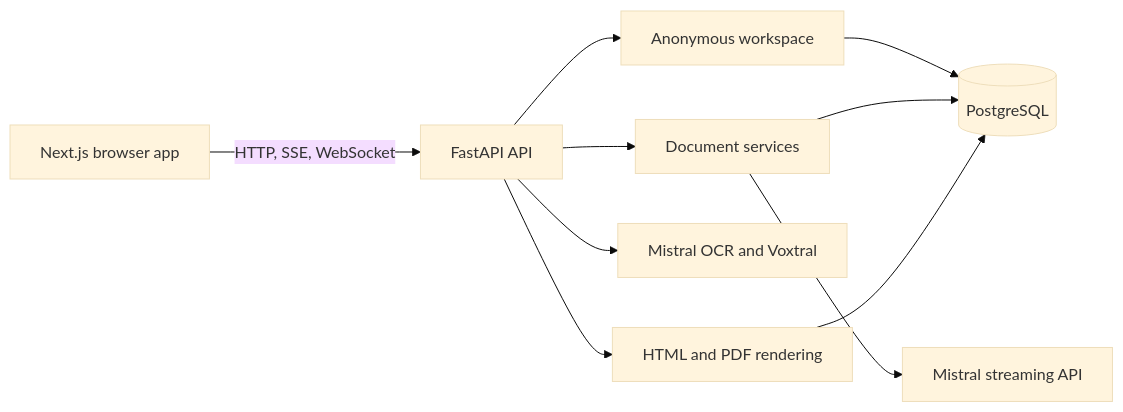
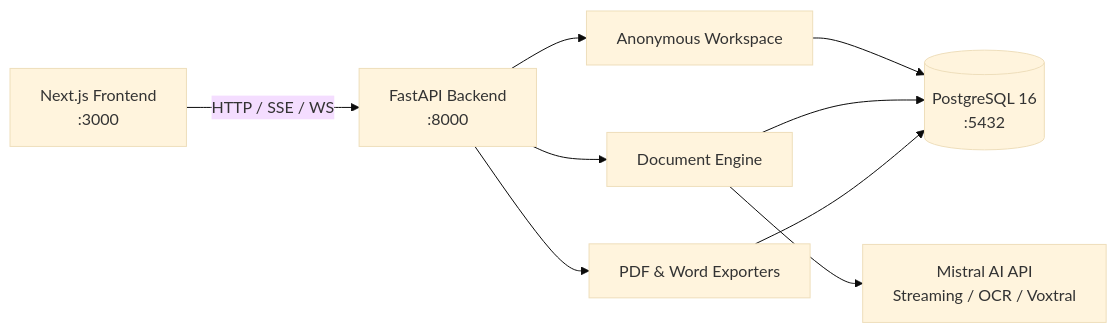
One commit to ialim0/open-cvbaba changed the diagram in README.md. Above: the diagram before and after it, drawn with Mermaid (base theme). The commit also changed other lines of this file and 3 other files, not shown here.

````diff
--- a/README.md
+++ b/README.md
@@ -32,12 +131,11 @@
 ```mermaid
 flowchart LR
-    Browser[Next.js browser app] -->|HTTP, SSE, WebSocket| API[FastAPI API]
-    API --> Workspace[Anonymous workspace]
-    API --> Chat[Document services]
-    Chat --> Mistral[Mistral streaming API]
-    API --> OCR[Mistral OCR and Voxtral]
-    API --> Render[HTML and PDF rendering]
-    Workspace --> DB[(PostgreSQL)]
+    Browser[Next.js Frontend\n:3000] -->|HTTP / SSE / WS| API[FastAPI Backend\n:8000]
+    API --> Workspace[Anonymous Workspace]
+    API --> Chat[Document Engine]
+    Chat --> Mistral[Mistral AI API\nStreaming / OCR / Voxtral]
+    API --> Render[PDF & Word Exporters]
+    Workspace --> DB[(PostgreSQL 16\n:5432)]
     Chat --> DB
     Render --> DB
 ```
````
